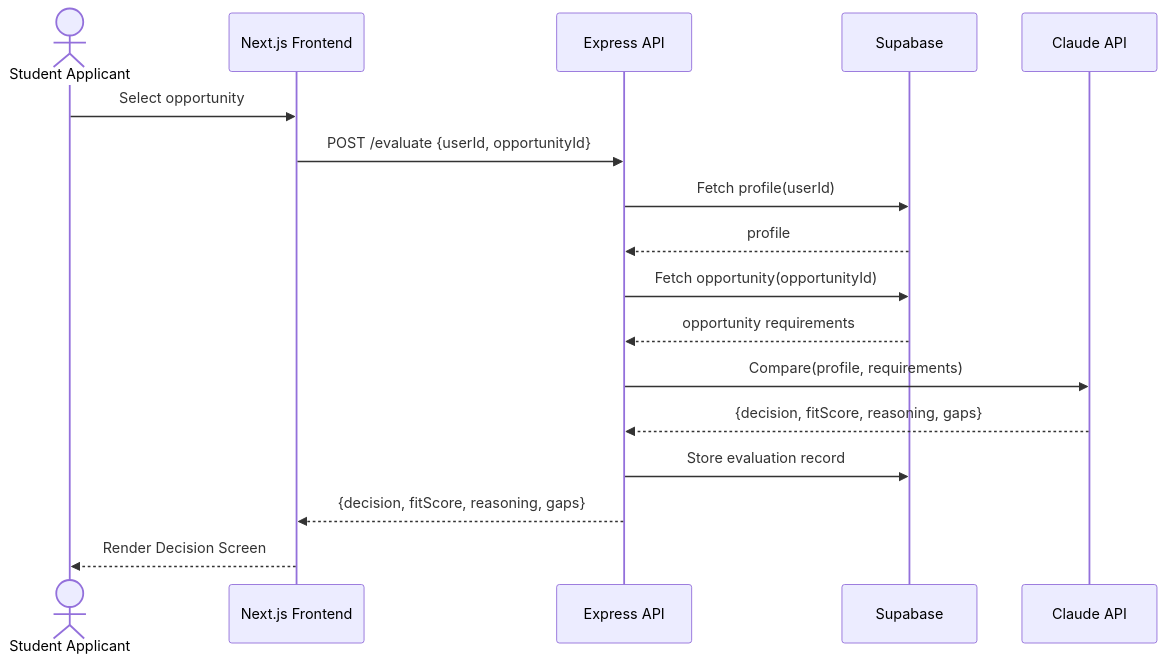
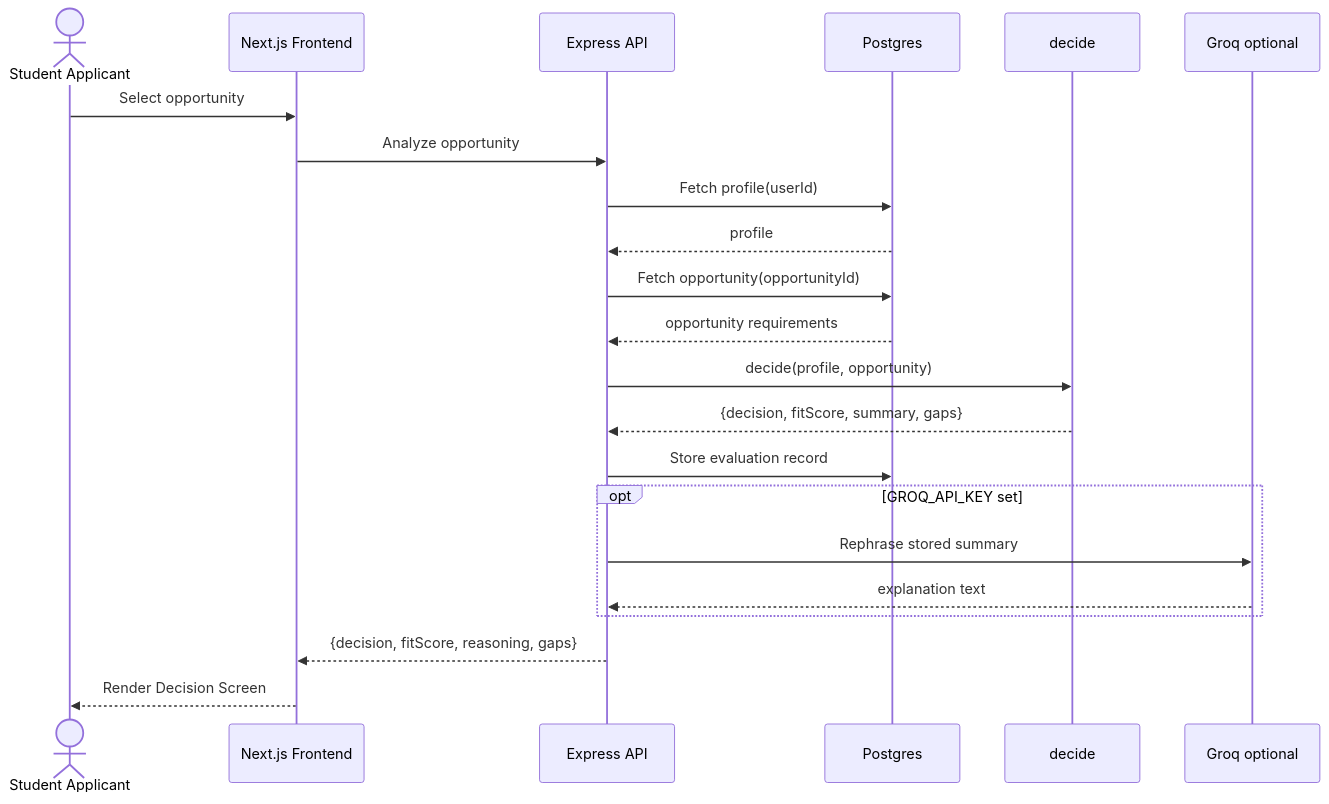
The second of 10 diagrams in HULUM_Documentation.md (mumekonin/hulum), drawn with Mermaid before and after one commit. The commit also changed other lines of this file and 9 other files, not shown here.

First line of the commit message:
fix(docs): SRS §3-5 as-built decide/Groq diagrams

````diff
--- a/HULUM_Documentation.md
+++ b/HULUM_Documentation.md
@@ -455,20 +458,25 @@
 ```mermaid
 sequenceDiagram
     actor U as Student Applicant
     participant FE as Next.js Frontend
     participant BE as Express API
-    participant DB as Supabase
-    participant AI as Claude API
+    participant DB as Postgres
+    participant Engine as decide
+    participant Groq as Groq optional
 
     U->>FE: Select opportunity
-    FE->>BE: POST /evaluate {userId, opportunityId}
+    FE->>BE: Analyze opportunity
     BE->>DB: Fetch profile(userId)
     DB-->>BE: profile
     BE->>DB: Fetch opportunity(opportunityId)
     DB-->>BE: opportunity requirements
-    BE->>AI: Compare(profile, requirements)
-    AI-->>BE: {decision, fitScore, reasoning, gaps}
+    BE->>Engine: decide(profile, opportunity)
+    Engine-->>BE: {decision, fitScore, summary, gaps}
     BE->>DB: Store evaluation record
+    opt GROQ_API_KEY set
+      BE->>Groq: Rephrase stored summary
+      Groq-->>BE: explanation text
+    end
     BE-->>FE: {decision, fitScore, reasoning, gaps}
     FE-->>U: Render Decision Screen
 ```
````
